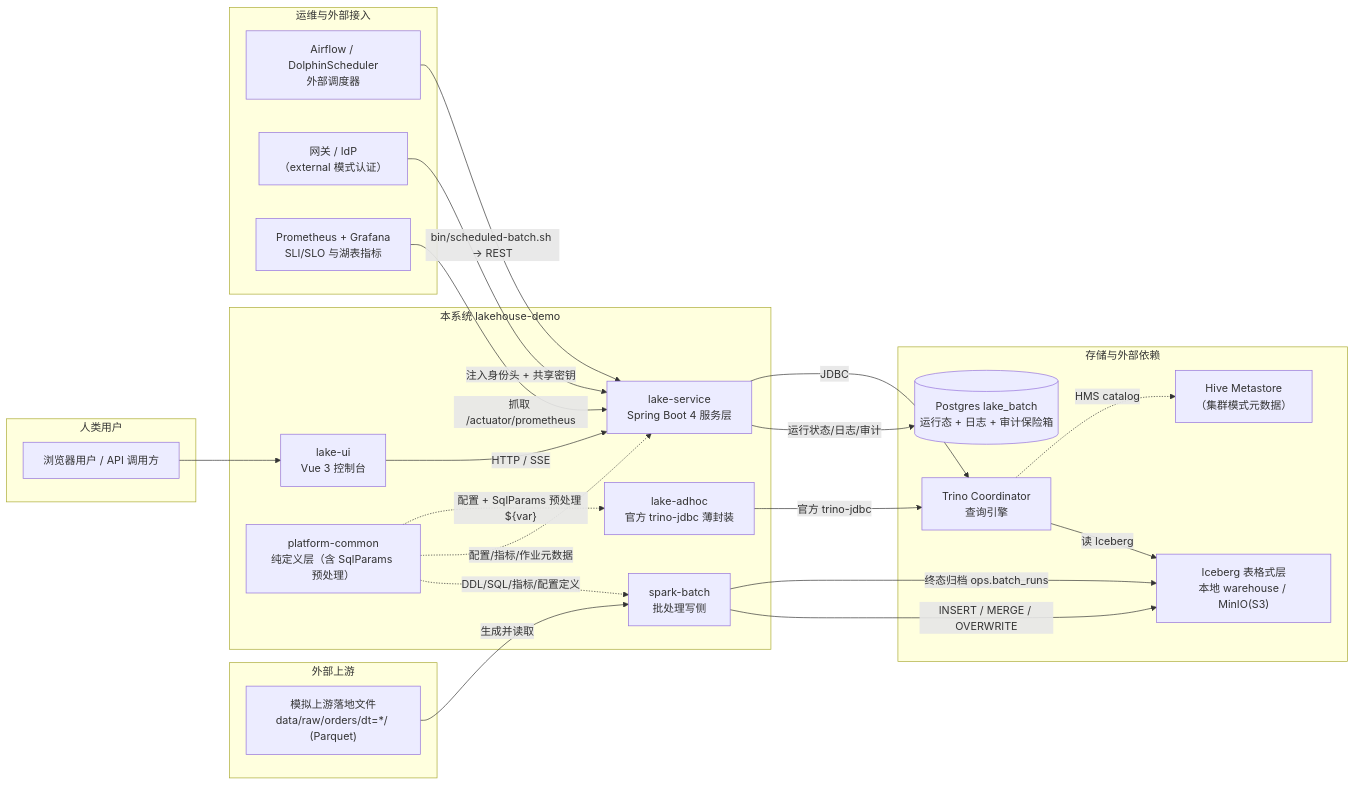
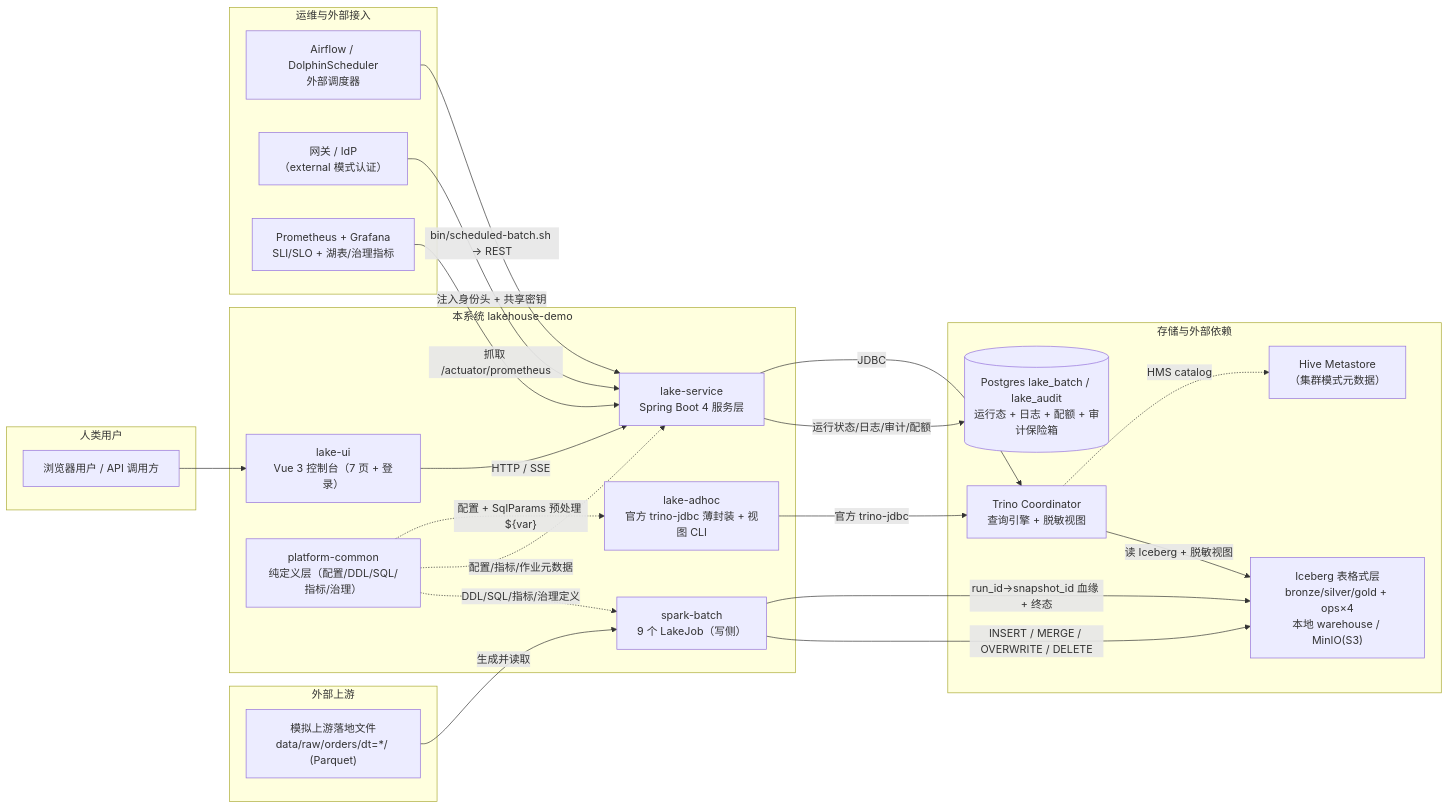
One commit to leishu/data-demo changed the first of 13 diagrams in docs/lakehouse-demo/概要设计-lakehouse-demo.md. Above: the diagram before and after it, drawn with Mermaid. The commit also changed other lines of this file, not shown here.

````diff
--- a/docs/lakehouse-demo/概要设计-lakehouse-demo.md
+++ b/docs/lakehouse-demo/概要设计-lakehouse-demo.md
@@ -27,44 +29,44 @@
 ```mermaid
 graph LR
     subgraph 外部上游
         RAW["模拟上游落地文件<br/>data/raw/orders/dt=*/ (Parquet)"]
     end
     subgraph 人类用户
         USER["浏览器用户 / API 调用方"]
     end
     subgraph 本系统 lakehouse-demo
-        BATCH["spark-batch<br/>批处理写侧"]
+        BATCH["spark-batch<br/>9 个 LakeJob（写侧）"]
         SERVICE["lake-service<br/>Spring Boot 4 服务层"]
-        UI["lake-ui<br/>Vue 3 控制台"]
-        COMMON["platform-common<br/>纯定义层（含 SqlParams 预处理）"]
-        ADHOC["lake-adhoc<br/>官方 trino-jdbc 薄封装"]
+        UI["lake-ui<br/>Vue 3 控制台（7 页 + 登录）"]
+        COMMON["platform-common<br/>纯定义层（配置/DDL/SQL/指标/治理）"]
+        ADHOC["lake-adhoc<br/>官方 trino-jdbc 薄封装 + 视图 CLI"]
     end
     subgraph 存储与外部依赖
-        ICE["Iceberg 表格式层<br/>本地 warehouse / MinIO(S3)"]
-        TRINO["Trino Coordinator<br/>查询引擎"]
-        PG[("Postgres lake_batch<br/>运行态 + 日志 + 审计保险箱")]
+        ICE["Iceberg 表格式层<br/>bronze/silver/gold + ops×4<br/>本地 warehouse / MinIO(S3)"]
+        TRINO["Trino Coordinator<br/>查询引擎 + 脱敏视图"]
+        PG[("Postgres lake_batch / lake_audit<br/>运行态 + 日志 + 配额 + 审计保险箱")]
         HMS["Hive Metastore<br/>（集群模式元数据）"]
     end
     subgraph 运维与外部接入
         SCHED["Airflow / DolphinScheduler<br/>外部调度器"]
         GW["网关 / IdP<br/>（external 模式认证）"]
-        OBS["Prometheus + Grafana<br/>SLI/SLO 与湖表指标"]
+        OBS["Prometheus + Grafana<br/>SLI/SLO + 湖表/治理指标"]
     end
 
     RAW -->|"生成并读取"| BATCH
-    BATCH -->|"INSERT / MERGE / OVERWRITE"| ICE
-    COMMON -.->|"DDL/SQL/指标/配置定义"| BATCH
+    BATCH -->|"INSERT / MERGE / OVERWRITE / DELETE"| ICE
+    COMMON -.->|"DDL/SQL/指标/治理定义"| BATCH
     COMMON -.->|"配置/指标/作业元数据"| SERVICE
     COMMON -.->|"配置 + SqlParams 预处理 ${var}"| ADHOC
     UI -->|"HTTP / SSE"| SERVICE
     USER --> UI
     GW -->|"注入身份头 + 共享密钥"| SERVICE
     SCHED -->|"bin/scheduled-batch.sh → REST"| SERVICE
     OBS -->|"抓取 /actuator/prometheus"| SERVICE
-    SERVICE -->|"运行状态/日志/审计"| PG
+    SERVICE -->|"运行状态/日志/审计/配额"| PG
     SERVICE -->|"JDBC"| TRINO
     ADHOC -->|"官方 trino-jdbc"| TRINO
-    TRINO -->|"读 Iceberg"| ICE
+    TRINO -->|"读 Iceberg + 脱敏视图"| ICE
     TRINO -.->|"HMS catalog"| HMS
-    BATCH -->|"终态归档 ops.batch_runs"| ICE
+    BATCH -->|"run_id→snapshot_id 血缘 + 终态"| ICE
 ```
````
